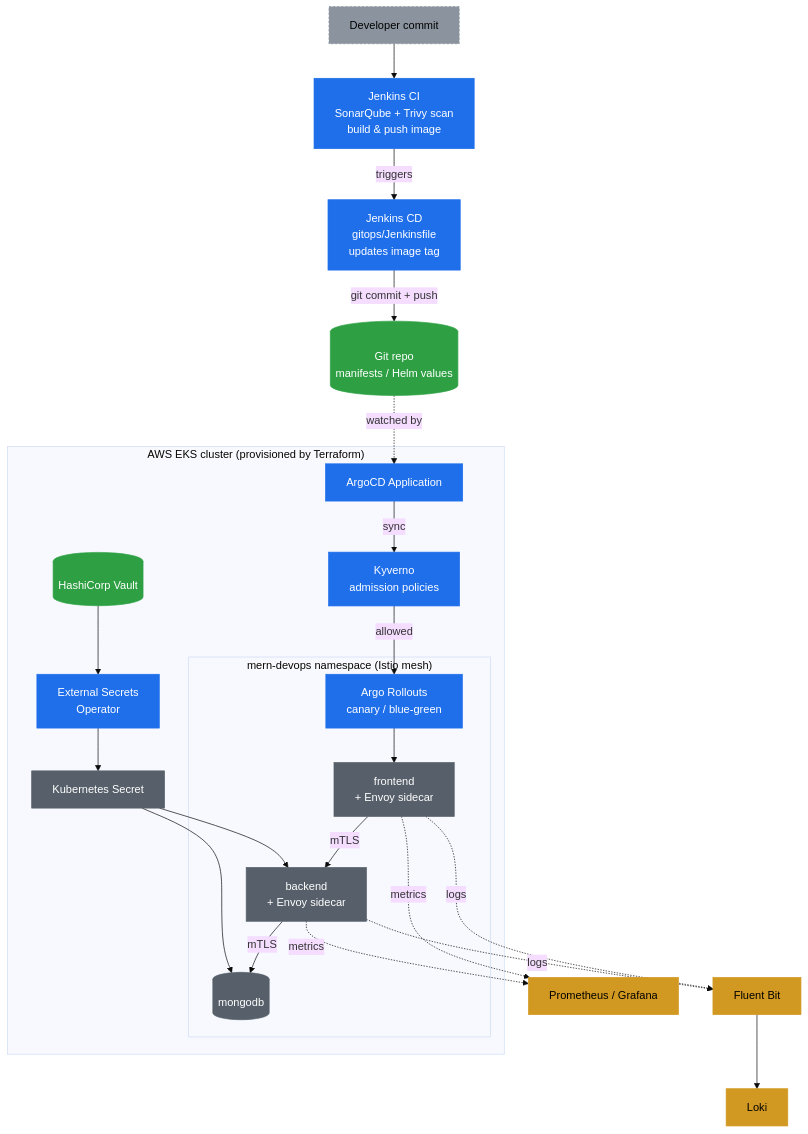
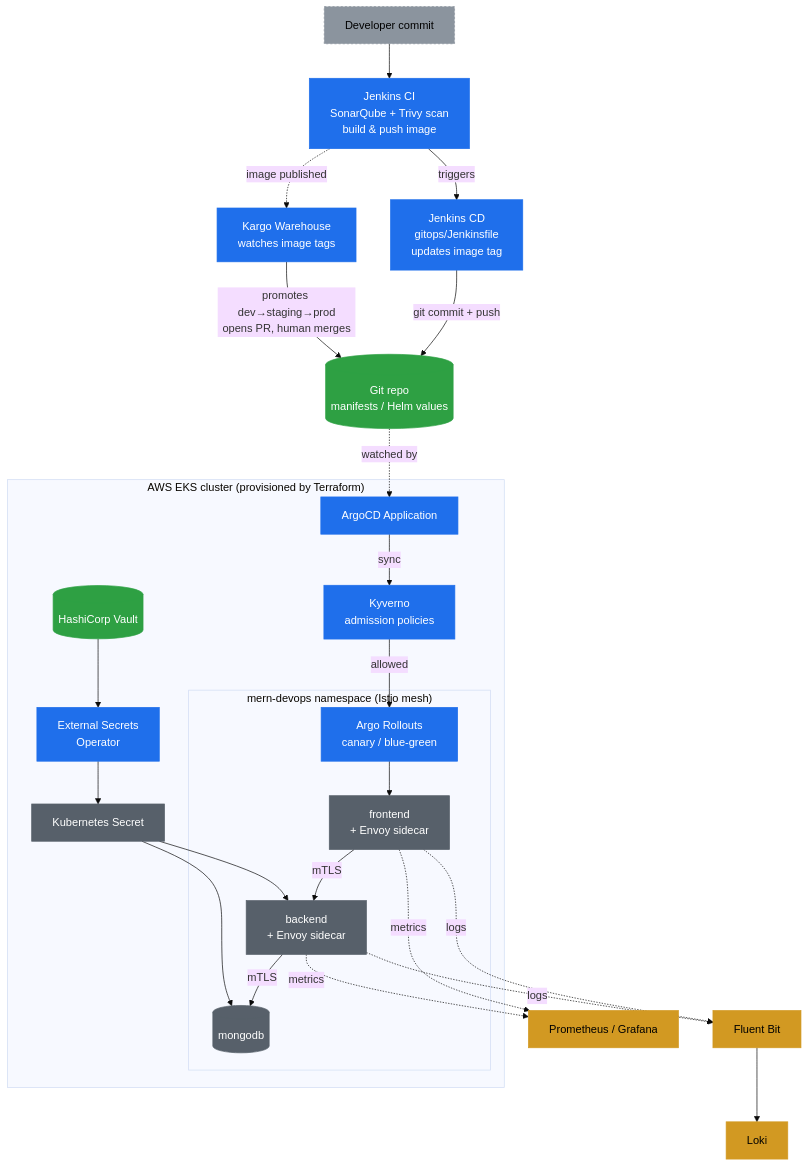
The second of 2 diagrams in README.md (atkaridarshan04/cloudnative-devops-blueprint), drawn with Mermaid (base theme) before and after one commit. The commit also changed other lines of this file and 40 other files, not shown here.

First line of the commit message:
feat(kargo): add Kargo for GitOps-based environment promotion (dev → staging → prod (#13)

````diff
--- a/README.md
+++ b/README.md
@@ -154,39 +155,42 @@
 ```mermaid
 flowchart TD
     Dev[Developer commit] --> CI[Jenkins CI<br/>SonarQube + Trivy scan<br/>build & push image]
     CI -->|triggers| CD[Jenkins CD<br/>gitops/Jenkinsfile<br/>updates image tag]
     CD -->|git commit + push| Git[(Git repo<br/>manifests / Helm values)]
     Git -.->|watched by| ArgoApp[ArgoCD Application]
+
+    CI -.->|image published| Kargo[Kargo Warehouse<br/>watches image tags]
+    Kargo -->|promotes dev→staging→prod<br/>opens PR, human merges| Git
 
     subgraph "AWS EKS cluster (provisioned by Terraform)"
         ArgoApp -->|sync| Kyverno[Kyverno<br/>admission policies]
         Kyverno -->|allowed| Rollout[Argo Rollouts<br/>canary / blue-green]
 
         subgraph "mern-devops namespace (Istio mesh)"
             Rollout --> FE[frontend<br/>+ Envoy sidecar]
             FE -->|mTLS| BE[backend<br/>+ Envoy sidecar]
             BE -->|mTLS| DB[(mongodb)]
         end
 
         Vault[(HashiCorp Vault)] --> ESO[External Secrets<br/>Operator] --> Secret[Kubernetes Secret]
         Secret --> BE
         Secret --> DB
     end
 
     FE -.->|metrics| Prom[Prometheus / Grafana]
     BE -.->|metrics| Prom
     FE -.->|logs| Fluent[Fluent Bit] --> Loki[Loki]
     BE -.->|logs| Fluent
 
     classDef controller fill:#1f6feb,color:#fff,stroke:#1f6feb
     classDef store fill:#2ea043,color:#fff,stroke:#2ea043
     classDef workload fill:#57606a,color:#fff,stroke:#57606a
     classDef external fill:#8b949e,color:#000,stroke:#8b949e,stroke-dasharray: 3 3
     classDef observability fill:#d29922,color:#000,stroke:#d29922
 
     class Dev external
-    class CI,CD,ArgoApp,Kyverno,Rollout,ESO controller
+    class CI,CD,ArgoApp,Kyverno,Rollout,ESO,Kargo controller
     class Git,Vault store
     class FE,BE,DB,Secret workload
     class Prom,Fluent,Loki observability
 ```
````
